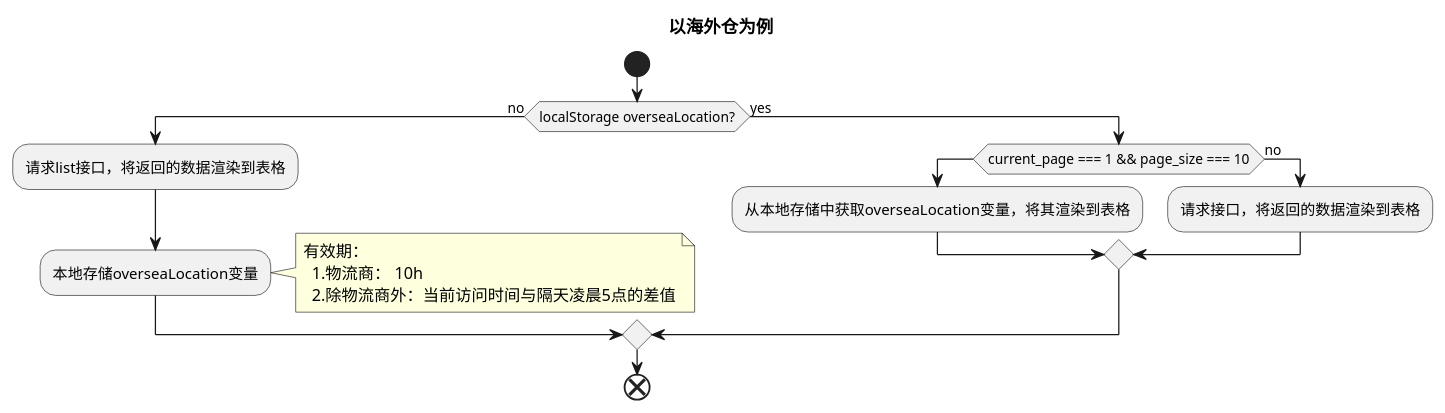
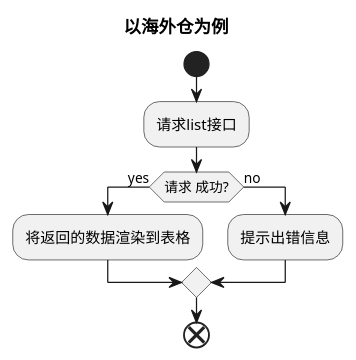
The diagram in docs/development-flow-diagram.puml/system/get-data.puml (futurekidult/lis), drawn with PlantUML before and after one commit. The commit also changed 8 other files, not shown here.

```diff
--- a/docs/development-flow-diagram.puml/system/get-data.puml
+++ b/docs/development-flow-diagram.puml/system/get-data.puml
@@ -1,22 +1,13 @@
 @startuml
 title 以海外仓为例
 
 start
-if(localStorage overseaLocation?) then (no)
-  :请求list接口，将返回的数据渲染到表格;
-  :本地存储overseaLocation变量;
-  note right
-    有效期：
-      1.物流商： 10h
-      2.除物流商外：当前访问时间与隔天凌晨5点的差值
-  end note
-else (yes)
-  if(current_page === 1 && page_size === 10)
-    :从本地存储中获取overseaLocation变量，将其渲染到表格;
-  else (no)
-    :请求接口，将返回的数据渲染到表格;
-  endif
+:请求list接口;
+if(请求 成功?) then (yes)
+  :将返回的数据渲染到表格;
+else (no)
+  :提示出错信息;
 endif
 end
 
 @enduml
```
